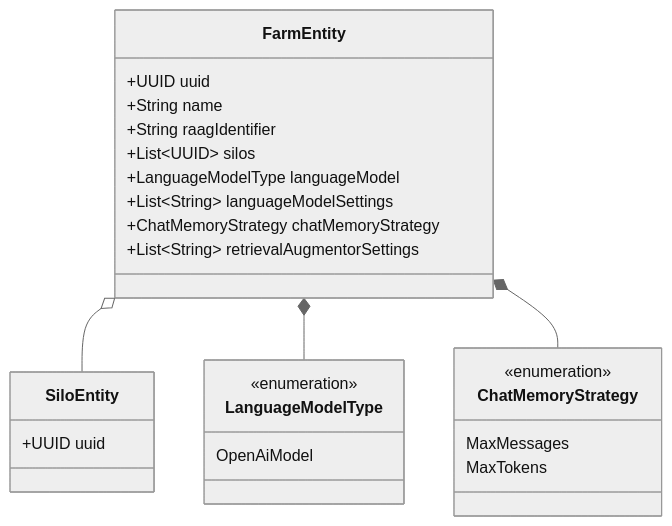
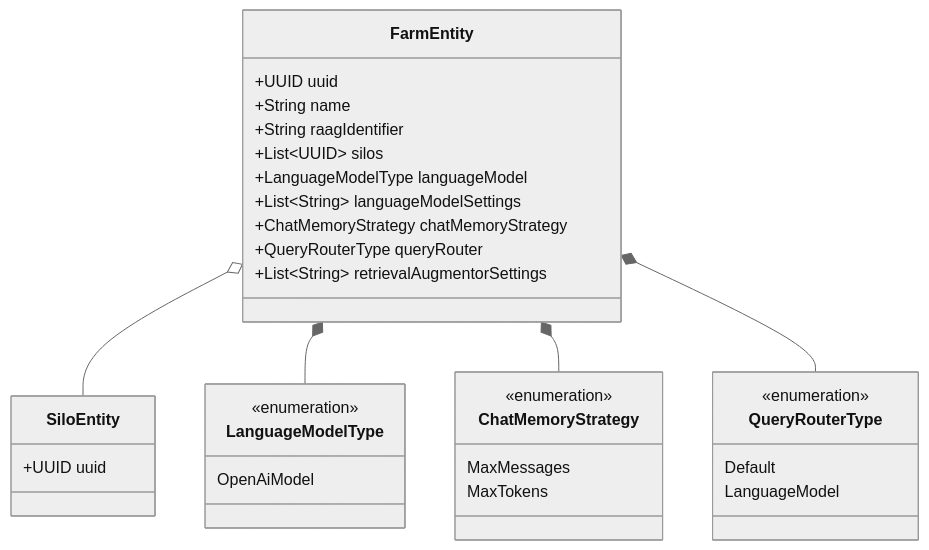
One commit to dRAGon-Okinawa/docs changed the second of 4 diagrams in docs/about-dragon/glossary/whats-a-farm.md. Above: the diagram before and after it, drawn with Mermaid (neutral theme).

Commit message:
GITBOOK-49: No subject

````diff
--- a/docs/about-dragon/glossary/whats-a-farm.md
+++ b/docs/about-dragon/glossary/whats-a-farm.md
@@ -37,29 +37,36 @@
 ```mermaid
 classDiagram
 class FarmEntity {
   +UUID uuid
   +String name
   +String raagIdentifier
   +List~UUID~ silos
   +LanguageModelType languageModel
   +List~String~ languageModelSettings
   +ChatMemoryStrategy chatMemoryStrategy
+  +QueryRouterType queryRouter
   +List~String~ retrievalAugmentorSettings
 }
 class SiloEntity {
   +UUID uuid
 }
 click SiloEntity href "/about-dragon/glossary/whats-a-silo" "What's a Silo?"
 FarmEntity o-- SiloEntity
 class LanguageModelType {
     <<enumeration>>
     OpenAiModel
 }
 FarmEntity *-- LanguageModelType
 class ChatMemoryStrategy {
     <<enumeration>>
     MaxMessages
     MaxTokens
 }
 FarmEntity *-- ChatMemoryStrategy
+class QueryRouterType {
+    <<enumeration>>
+    Default
+    LanguageModel
+}
+FarmEntity *-- QueryRouterType
 ```
````
